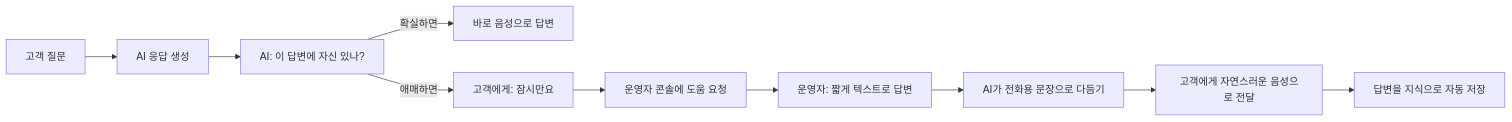
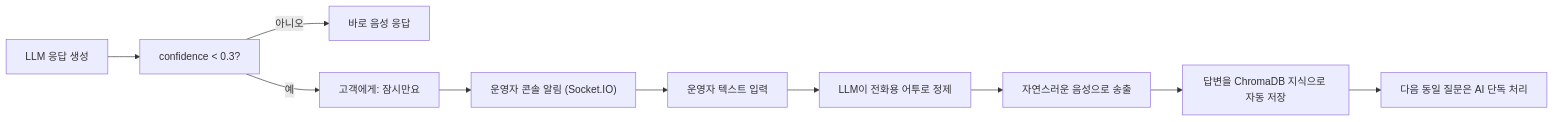
One commit to hak023/agentic_ai_callbot changed the second of 34 diagrams in docs/presentation/PROJECT_BRIEF.md. Above: the diagram before and after it, drawn with Mermaid. The commit also changed other lines of this file, not shown here.

First line of the commit message:
Expand brief: layered architecture, per-feature deep dives, broader ideation

````diff
--- a/docs/presentation/PROJECT_BRIEF.md
+++ b/docs/presentation/PROJECT_BRIEF.md
@@ -267,12 +130,12 @@
 ```mermaid
 flowchart LR
-    Q["고객 질문"] --> A["AI 응답 생성"]
-    A --> Conf["AI: 이 답변에 자신 있나?"]
-    Conf -->|"확실하면"| Speak["바로 음성으로 답변"]
-    Conf -->|"애매하면"| Wait["고객에게: 잠시만요"]
-    Wait --> Panel["운영자 콘솔에 도움 요청"]
-    Panel --> Operator["운영자: 짧게 텍스트로 답변"]
-    Operator --> Format["AI가 전화용 문장으로 다듬기"]
-    Format --> Speak2["고객에게 자연스러운 음성으로 전달"]
-    Speak2 --> Save["답변을 지식으로 자동 저장"]
+    G["LLM 응답 생성"] --> C["confidence < 0.3?"]
+    C -->|아니오| TT["바로 음성 응답"]
+    C -->|예| W["고객에게: 잠시만요"]
+    W --> P["운영자 콘솔 알림 (Socket.IO)"]
+    P --> H["운영자 텍스트 입력"]
+    H --> F["LLM이 전화용 어투로 정제"]
+    F --> TT2["자연스러운 음성으로 송출"]
+    TT2 --> K["답변을 ChromaDB 지식으로 자동 저장"]
+    K --> Reuse["다음 동일 질문은 AI 단독 처리"]
 ```
````
